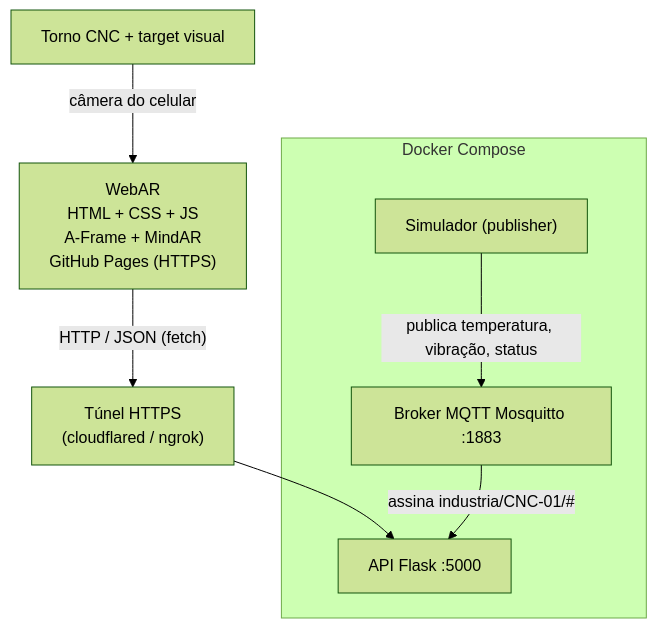
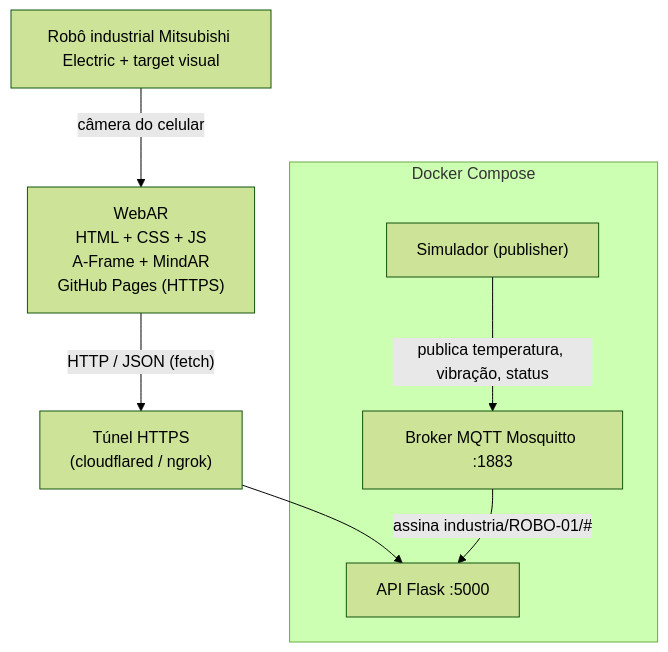
Before and after one commit to lucaspatracao/industria-ra-cloud: the diagram in docs/arquitetura.md, drawn with Mermaid (forest theme). The commit also changed other lines of this file and 10 other files, not shown here.

Commit message:
feat(frontend): troca alvo para robô Mitsubishi e recalibra hotspots

````diff
--- a/docs/arquitetura.md
+++ b/docs/arquitetura.md
@@ -5,13 +5,13 @@
 ```mermaid
 flowchart TD
-    A["Torno CNC + target visual"] -->|câmera do celular| B["WebAR<br/>HTML + CSS + JS<br/>A-Frame + MindAR<br/>GitHub Pages (HTTPS)"]
+    A["Robô industrial Mitsubishi Electric + target visual"] -->|câmera do celular| B["WebAR<br/>HTML + CSS + JS<br/>A-Frame + MindAR<br/>GitHub Pages (HTTPS)"]
     B -->|"HTTP / JSON (fetch)"| T["Túnel HTTPS<br/>(cloudflared / ngrok)"]
     T --> C["API Flask :5000"]
-    D["Broker MQTT Mosquitto :1883"] -->|"assina industria/CNC-01/#"| C
-    E["Simulador (publisher)"] -->|"publica temperatura, vibração, status"| D
+    D["Broker MQTT Mosquitto :1883"] -->|"assina industria/ROBO-01/#"| C
+    E["Simulador (publisher)" ] -->|"publica temperatura, vibração, status"| D
     subgraph DC["Docker Compose"]
         C
         D
         E
     end
 ```
````
